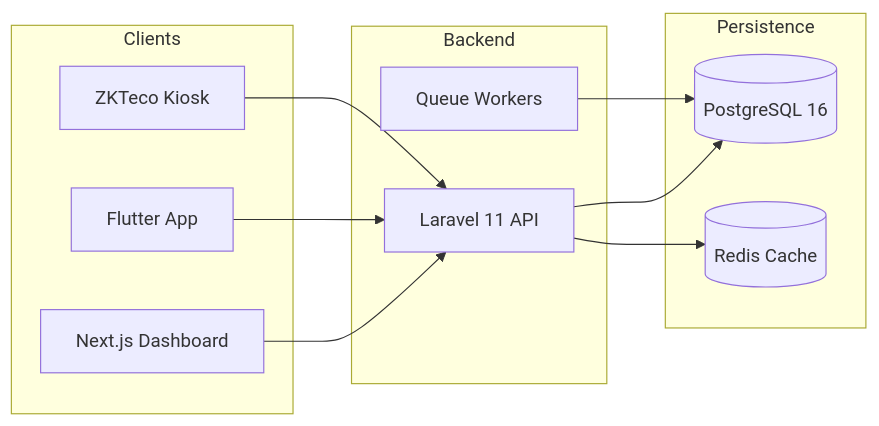
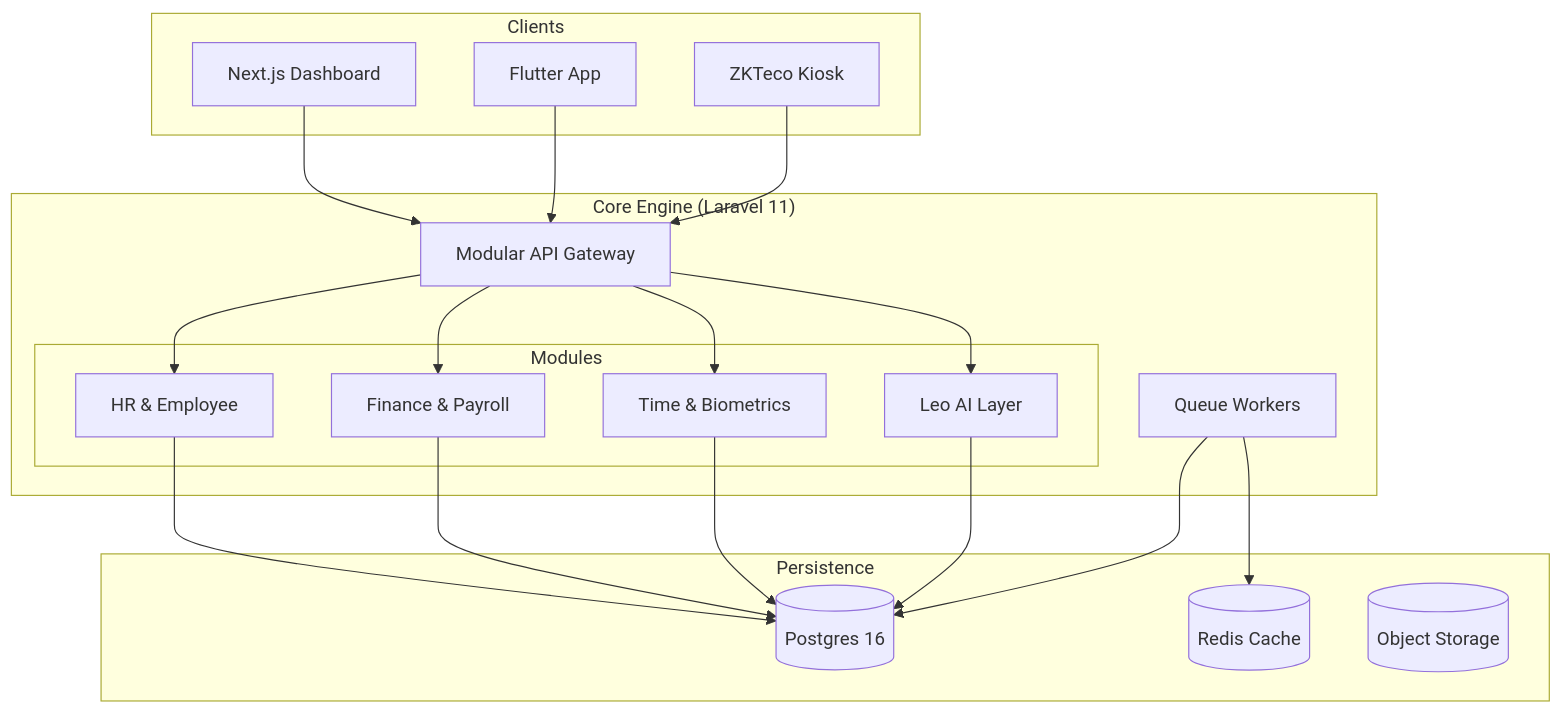
Before and after one commit to kitokoh/leopardo-hr: the diagram in README.md, drawn with Mermaid. The commit also changed other lines of this file and 23 other files, not shown here.

````diff
--- a/README.md
+++ b/README.md
@@ -31,22 +32,30 @@
 ```mermaid
-graph LR
+graph TD
     subgraph Clients
         Web[Next.js Dashboard]
         Mobile[Flutter App]
         Kiosk[ZKTeco Kiosk]
     end
 
-    subgraph Backend
-        API[Laravel 11 API]
+    subgraph "Core Engine (Laravel 11)"
+        API[Modular API Gateway]
+        subgraph Modules
+            HR[HR & Employee]
+            Payroll[Finance & Payroll]
+            Attendance[Time & Biometrics]
+            AI[Leo AI Layer]
+        end
         Workers[Queue Workers]
     end
 
     subgraph Persistence
-        DB[(PostgreSQL 16)]
-        Redis[(Redis Cache)]
+        DB[(Postgres 16)]
+        Cache[(Redis Cache)]
+        S3[(Object Storage)]
     end
 
     Web & Mobile & Kiosk --> API
-    API --> DB & Redis
-    Workers --> DB
+    API --> HR & Payroll & Attendance & AI
+    HR & Payroll & Attendance & AI --> DB
+    Workers --> DB & Cache
 ```
````
